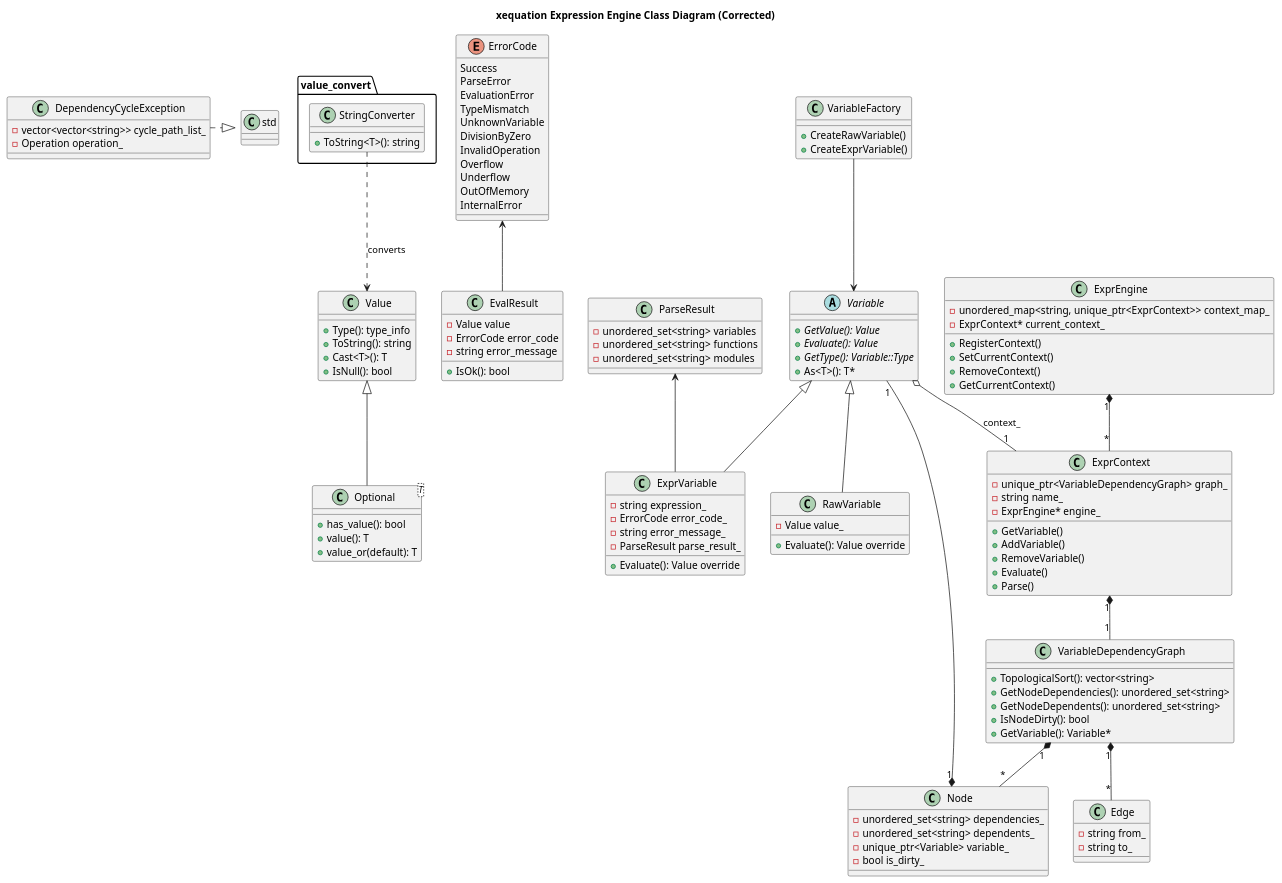
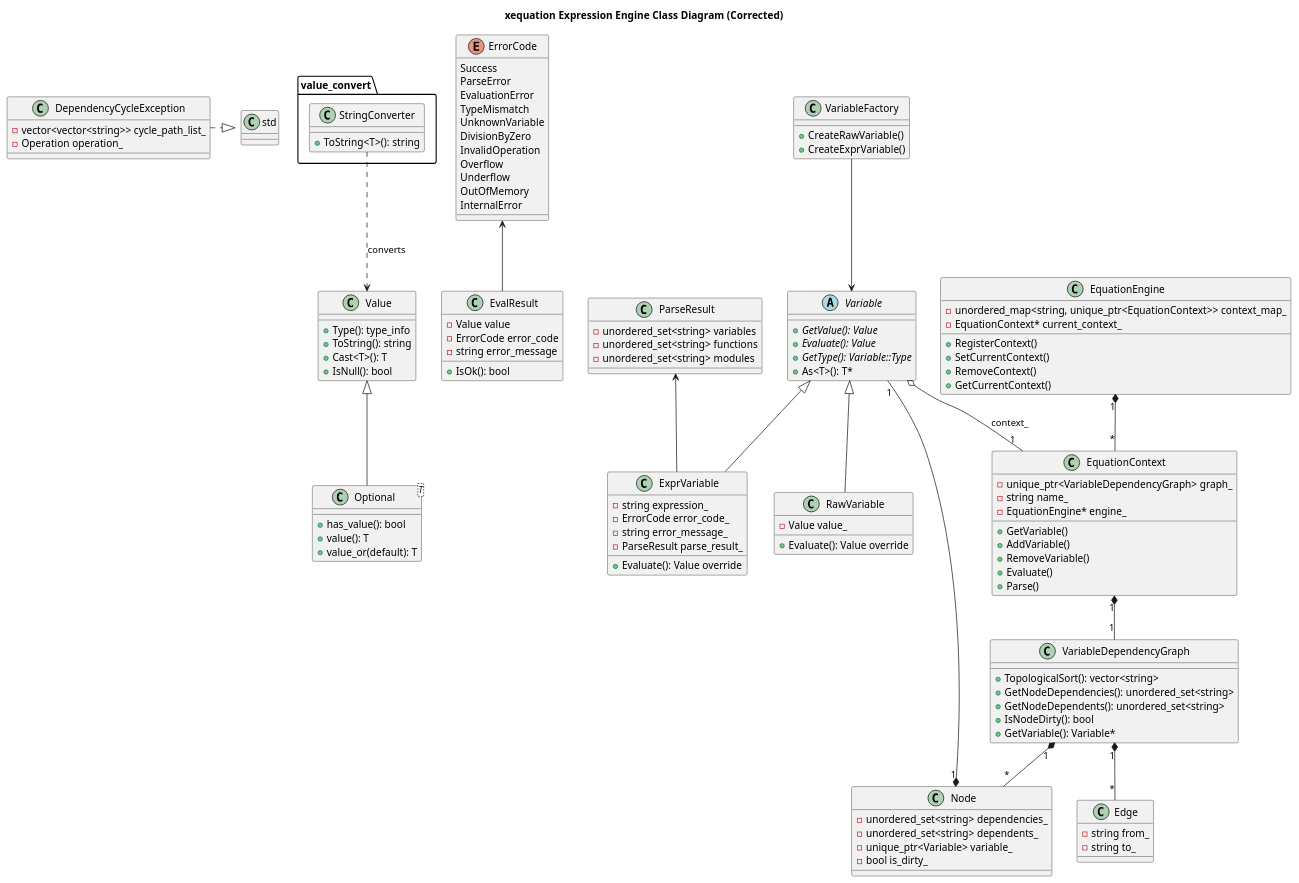
One commit to smile-zyk/xequation changed the diagram in test.plantuml. Above: the diagram before and after it, drawn with PlantUML. The commit also changed 29 other files, not shown here.

```diff
--- a/test.plantuml
+++ b/test.plantuml
@@ -1,148 +1,148 @@
 @startuml xequation_class_diagram_corrected
 
 title xequation Expression Engine Class Diagram (Corrected)
 
 ' 核心值类型
 class Value {
   +Type(): type_info
   +ToString(): string
   +Cast<T>(): T
   +IsNull(): bool
 }
 
 class Optional<T> {
   +has_value(): bool
   +value(): T
   +value_or(default): T
 }
 
 ' 表达式结果
 enum ErrorCode {
   Success
   ParseError
   EvaluationError
   TypeMismatch
   UnknownVariable
   DivisionByZero
   InvalidOperation
   Overflow
   Underflow
   OutOfMemory
   InternalError
 }
 
 class EvalResult {
   -Value value
   -ErrorCode error_code
   -string error_message
   +IsOk(): bool
 }
 
 class ParseResult {
   -unordered_set<string> variables
   -unordered_set<string> functions
   -unordered_set<string> modules
 }
 
 ' 变量系统
 abstract class Variable {
   {abstract} +GetValue(): Value
   {abstract} +Evaluate(): Value
   {abstract} +GetType(): Variable::Type
   +As<T>(): T*
 }
 
 class RawVariable {
   -Value value_
   +Evaluate(): Value override
 }
 
 class ExprVariable {
   -string expression_
   -ErrorCode error_code_
   -string error_message_
   -ParseResult parse_result_
   +Evaluate(): Value override
 }
 
 class VariableFactory {
   +CreateRawVariable()
   +CreateExprVariable()
 }
 
 ' 依赖图系统
 class VariableDependencyGraph {
   +TopologicalSort(): vector<string>
   +GetNodeDependencies(): unordered_set<string>
   +GetNodeDependents(): unordered_set<string>
   +IsNodeDirty(): bool
   +GetVariable(): Variable*
 }
 
 class Node {
   -unordered_set<string> dependencies_
   -unordered_set<string> dependents_
   -unique_ptr<Variable> variable_
   -bool is_dirty_
 }
 
 class Edge {
   -string from_
   -string to_
 }
 
 class DependencyCycleException {
   -vector<vector<string>> cycle_path_list_
   -Operation operation_
 }
 
 ' 上下文系统
-class ExprContext {
+class EquationContext {
   -unique_ptr<VariableDependencyGraph> graph_
   -string name_
-  -ExprEngine* engine_
+  -EquationEngine* engine_
   +GetVariable()
   +AddVariable()
   +RemoveVariable()
   +Evaluate()
   +Parse()
 }
 
-class ExprEngine {
-  -unordered_map<string, unique_ptr<ExprContext>> context_map_
-  -ExprContext* current_context_
+class EquationEngine {
+  -unordered_map<string, unique_ptr<EquationContext>> context_map_
+  -EquationContext* current_context_
   +RegisterContext()
   +SetCurrentContext()
   +RemoveContext()
   +GetCurrentContext()
 }
 
 ' 类型转换
 namespace value_convert {
   class StringConverter {
     +ToString<T>(): string
   }
 }
 
 ' 关系定义
 Value <|-- Optional
 ErrorCode <-- EvalResult
 ParseResult <-- ExprVariable
 
 Variable <|-- RawVariable
 Variable <|-- ExprVariable
 VariableFactory --> Variable
 
-ExprContext "1" *-- "1" VariableDependencyGraph
+EquationContext "1" *-- "1" VariableDependencyGraph
 VariableDependencyGraph "1" *-- "*" Node
 Node "1" *-- "1" Variable
 VariableDependencyGraph "1" *-- "*" Edge
 
-ExprEngine "1" *-- "*" ExprContext
-Variable o-- "1" ExprContext : context_
+EquationEngine "1" *-- "*" EquationContext
+Variable o-- "1" EquationContext : context_
 
 DependencyCycleException -[dashed]|> std::runtime_error
 
 StringConverter ..> Value : converts
 
 @enduml
```
